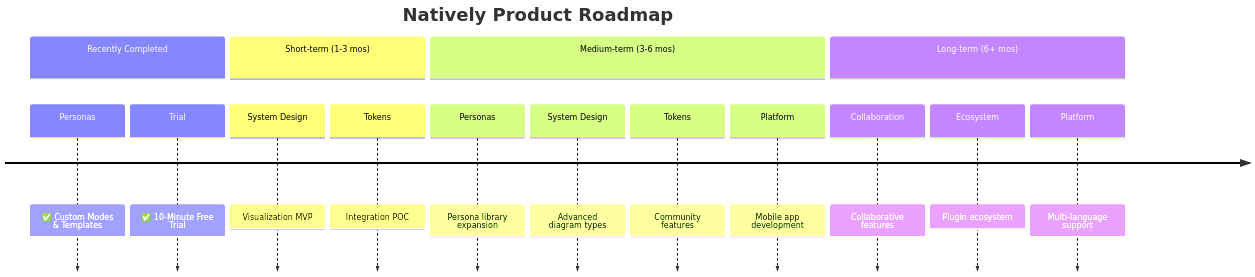
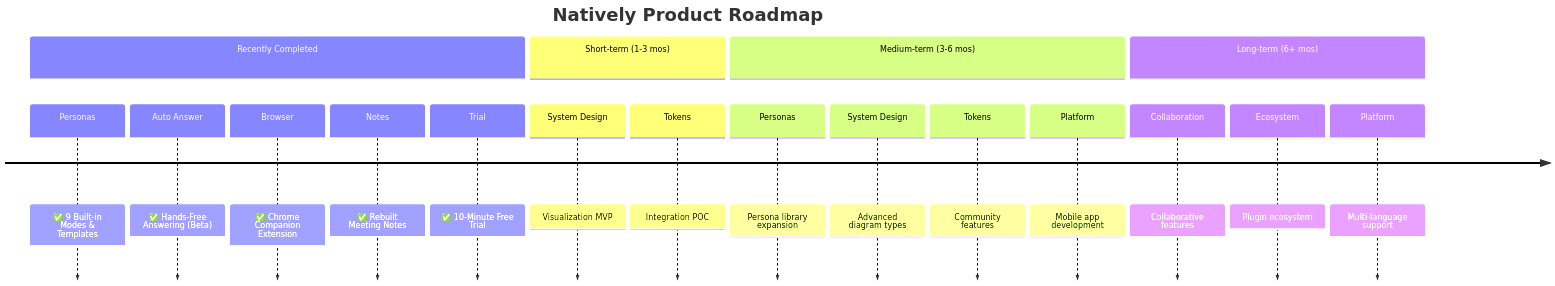
Before and after one commit to Abitesh/sneak-peek-standalone: the diagram in README.md, drawn with Mermaid. The commit also changed other lines of this file and 3 other files, not shown here.

````diff
--- a/README.md
+++ b/README.md
@@ -773,19 +821,22 @@
 ```mermaid
 timeline
     title Natively Product Roadmap
     section Recently Completed
-        Personas : ✅ Custom Modes & Templates
+        Personas : ✅ 9 Built-in Modes & Templates
+        Auto Answer : ✅ Hands-Free Answering (Beta)
+        Browser : ✅ Chrome Companion Extension
+        Notes : ✅ Rebuilt Meeting Notes
         Trial : ✅ 10-Minute Free Trial
     section Short-term (1-3 mos)
         System Design : Visualization MVP
         Tokens : Integration POC
     section Medium-term (3-6 mos)
         Personas : Persona library expansion
         System Design : Advanced diagram types
         Tokens : Community features
         Platform : Mobile app development
     section Long-term (6+ mos)
         Collaboration : Collaborative features
         Ecosystem : Plugin ecosystem
         Platform : Multi-language support
 ```
````
